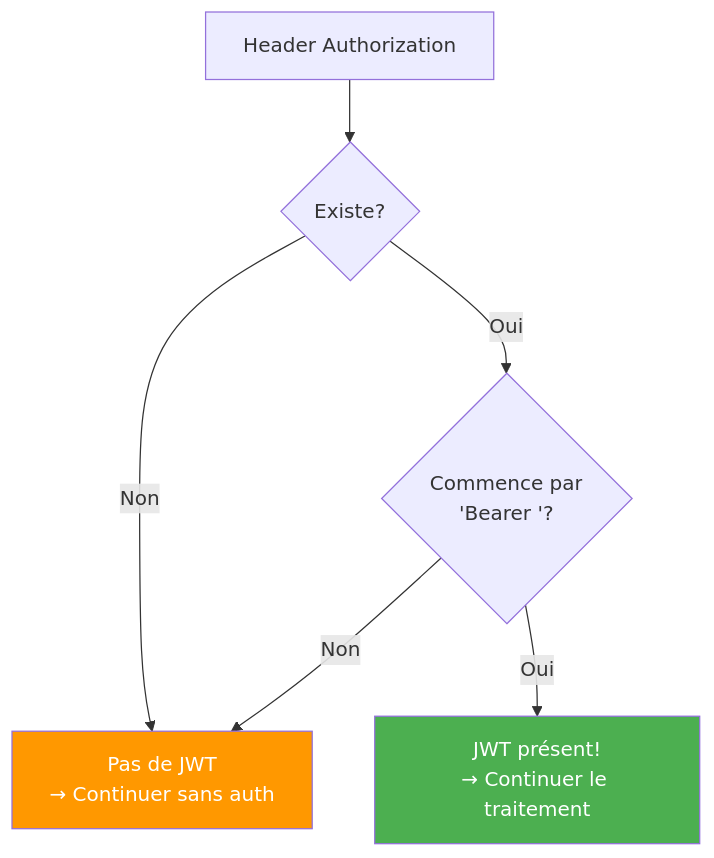
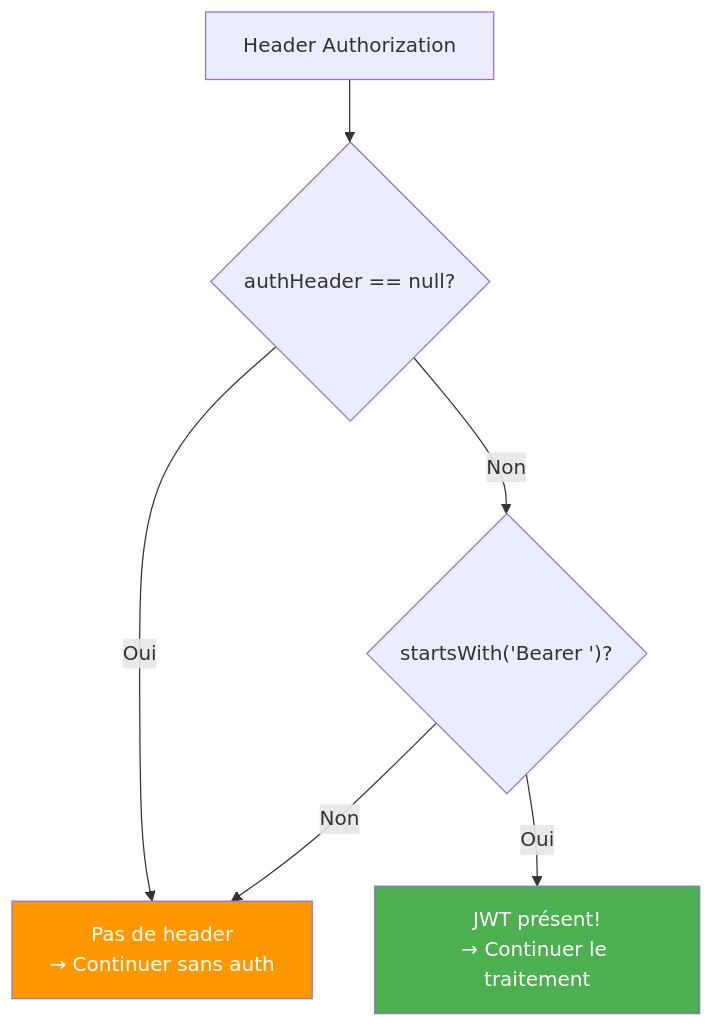
The sixth of 20 diagrams in cours/25-exercice-jwtauthfilter.md (hrhouma1/inskillflow-docs-formation-spring-boot-projet-e-contact-backend), drawn with Mermaid before and after one commit. The commit also changed other lines of this file, not shown here.

````diff
--- a/cours/25-exercice-jwtauthfilter.md
+++ b/cours/25-exercice-jwtauthfilter.md
@@ -260,12 +443,12 @@
 ```mermaid
 graph TB
     A["Header Authorization"]
-    A --> B{"Existe?"}
-    B -->|Non| C["Pas de JWT<br/>→ Continuer sans auth"]
-    B -->|Oui| D{"Commence par<br/>'Bearer '?"}
+    A --> B{"authHeader == null?"}
+    B -->|Oui| C["Pas de header<br/>→ Continuer sans auth"]
+    B -->|Non| D{"startsWith('Bearer ')?"}
     D -->|Non| C
     D -->|Oui| E["JWT présent!<br/>→ Continuer le traitement"]
     
     style C fill:#FF9800,color:#fff
     style E fill:#4CAF50,color:#fff
 ```
````
